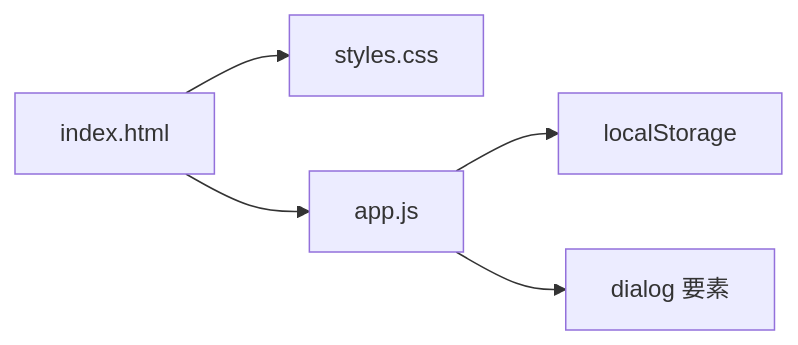
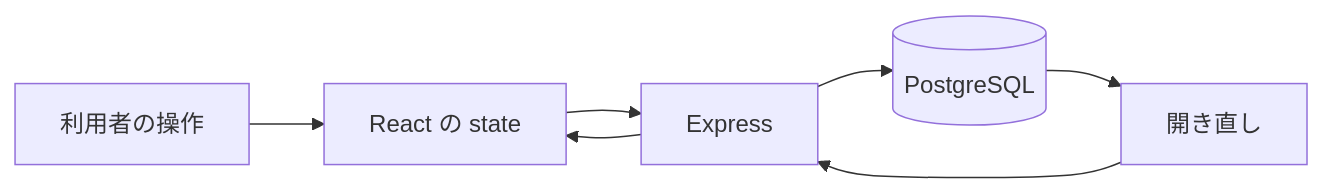
Before and after one commit to pfgnsb/kadai-kanri-board: the second of 2 diagrams in ドキュメント/技術スタック.md, drawn with Mermaid. The commit also changed other lines of this file and 3 other files, not shown here.

Commit message:
本実装を React と PostgreSQL に切り替えるため、技術スタックと関連資料を PERN 構成に更新する

````diff
--- a/ドキュメント/技術スタック.md
+++ b/ドキュメント/技術スタック.md
@@ -43,7 +151,9 @@
 ```mermaid
 flowchart LR
-  html[index.html] --> css[styles.css]
-  html --> js[app.js]
-  js --> ls[localStorage]
-  js --> dialog[dialog 要素]
+  user[利用者の操作] --> react[React の state]
+  react --> api[Express]
+  api --> pg[(PostgreSQL)]
+  pg --> reload[開き直し]
+  reload --> api
+  api --> react
 ```
````
